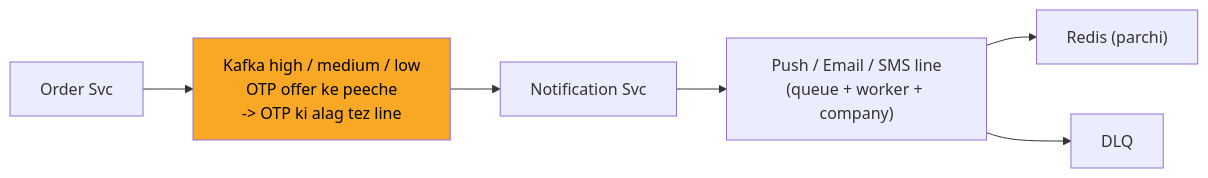
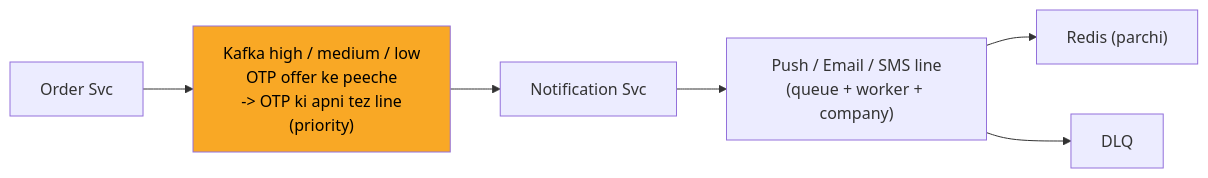
Before and after one commit to ArpanMaheshwari144/Prep: the eighth of 13 diagrams in 04_HLD/SYSTEM_DESIGNS/04_notification_system/04_notification_system.md, drawn with Mermaid. The commit also changed other lines of this file and 13 other files, not shown here.

````diff
--- a/04_HLD/SYSTEM_DESIGNS/04_notification_system/04_notification_system.md
+++ b/04_HLD/SYSTEM_DESIGNS/04_notification_system/04_notification_system.md
@@ -299,15 +299,15 @@
 ```mermaid
 flowchart LR
     n_Order_Svc["Order Svc"]
-    n_Kafka["Kafka high / medium / low<br/>OTP offer ke peeche<br/>-> OTP ki alag tez line"]
+    n_Kafka["Kafka high / medium / low<br/>OTP offer ke peeche<br/>-> OTP ki apni tez line<br/>(priority)"]
     n_Notification_Svc["Notification Svc"]
     n_LINES["Push / Email / SMS line<br/>(queue + worker + company)"]
     n_Redis["Redis (parchi)"]
     n_DLQ["DLQ"]
     n_Order_Svc --> n_Kafka
     n_Kafka --> n_Notification_Svc
     n_Notification_Svc --> n_LINES
     n_LINES --> n_Redis
     n_LINES --> n_DLQ
     style n_Kafka fill:#f9a825,color:#000
 ```
````
